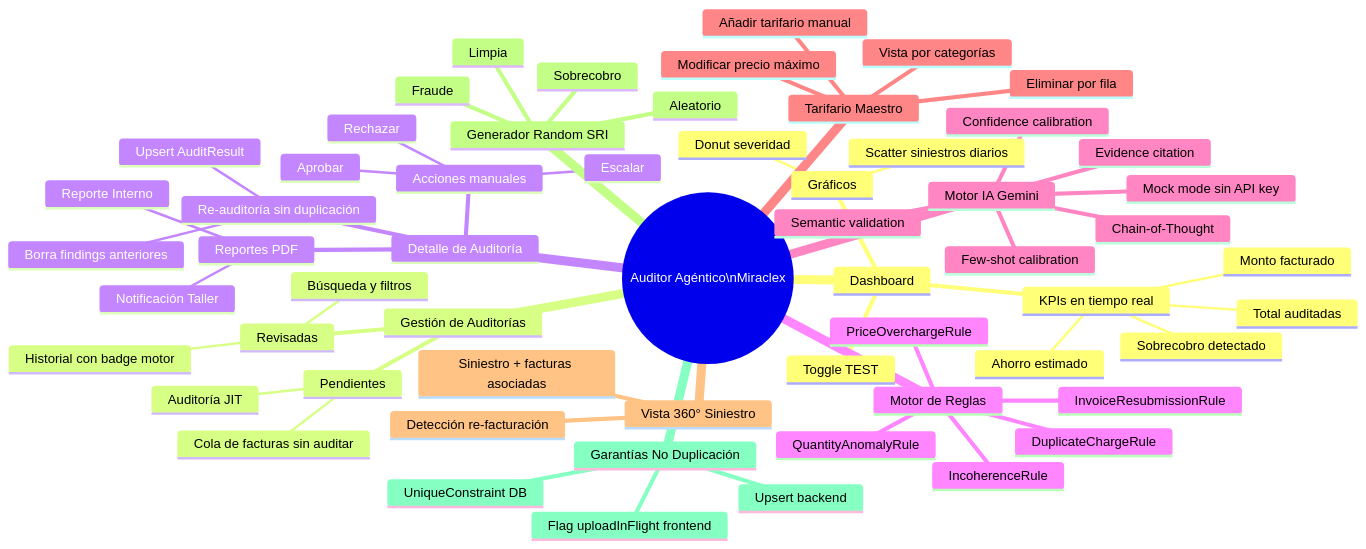
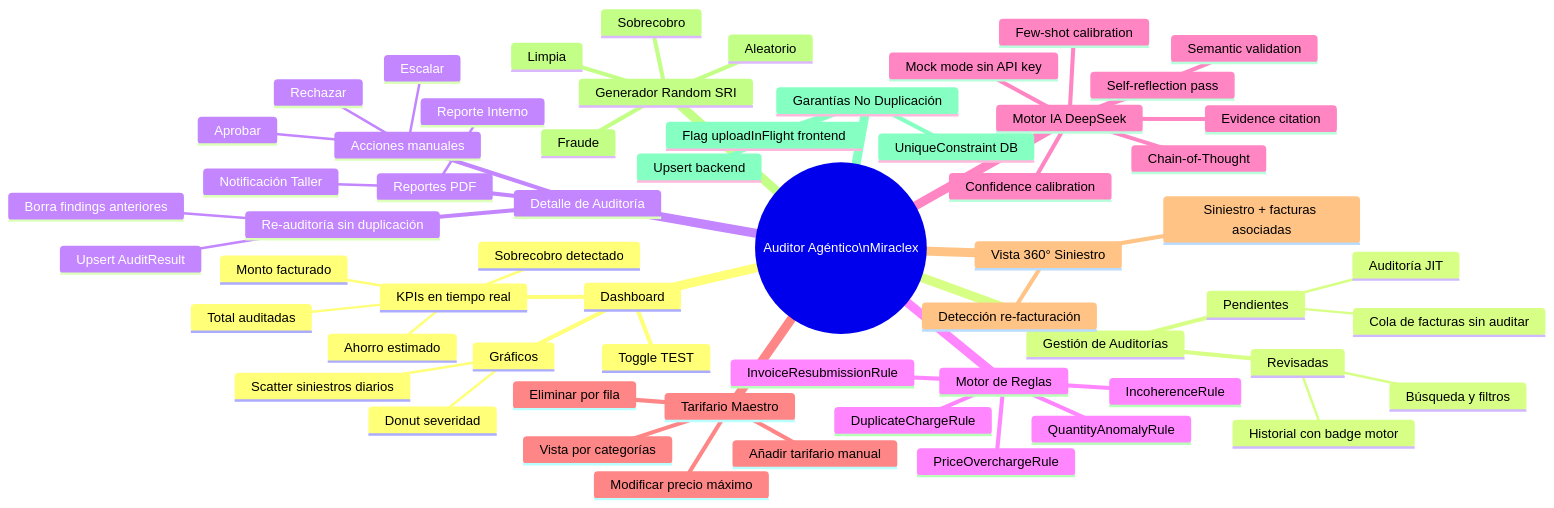
Before and after one commit to yosuSALA/Final-reto: the first of 3 diagrams in docs/diagramas/diagrama_doc_funciones.md, drawn with Mermaid. The commit also changed 46 other files, not shown here.

Commit message:
Demo final: arranque portable, generador manual/auto, auditoria IA DeepSeek, guia paso a paso corregida, docs actualizados

````diff
--- a/docs/diagramas/diagrama_doc_funciones.md
+++ b/docs/diagramas/diagrama_doc_funciones.md
@@ -7,62 +7,63 @@
 ```mermaid
 mindmap
   root((Auditor Agéntico\nMiraclex))
     Dashboard
       KPIs en tiempo real
         Total auditadas
         Monto facturado
         Sobrecobro detectado
         Ahorro estimado
       Gráficos
         Scatter siniestros diarios
         Donut severidad
       Toggle TEST
     Gestión de Auditorías
       Pendientes
         Cola de facturas sin auditar
         Auditoría JIT
       Revisadas
         Historial con badge motor
         Búsqueda y filtros
     Detalle de Auditoría
       Re-auditoría sin duplicación
         Upsert AuditResult
         Borra findings anteriores
       Acciones manuales
         Aprobar
         Rechazar
         Escalar
       Reportes PDF
         Reporte Interno
         Notificación Taller
     Motor de Reglas
       PriceOverchargeRule
       DuplicateChargeRule
       QuantityAnomalyRule
       IncoherenceRule
       InvoiceResubmissionRule
-    Motor IA Gemini
+    Motor IA DeepSeek
       Chain-of-Thought
       Few-shot calibration
       Evidence citation
       Confidence calibration
       Semantic validation
+      Self-reflection pass
       Mock mode sin API key
     Tarifario Maestro
       Vista por categorías
       Modificar precio máximo
       Añadir tarifario manual
       Eliminar por fila
     Vista 360° Siniestro
       Siniestro + facturas asociadas
       Detección re-facturación
     Generador Random SRI
       Limpia
       Sobrecobro
       Fraude
       Aleatorio
     Garantías No Duplicación
       UniqueConstraint DB
       Upsert backend
       Flag uploadInFlight frontend
 ```
````
